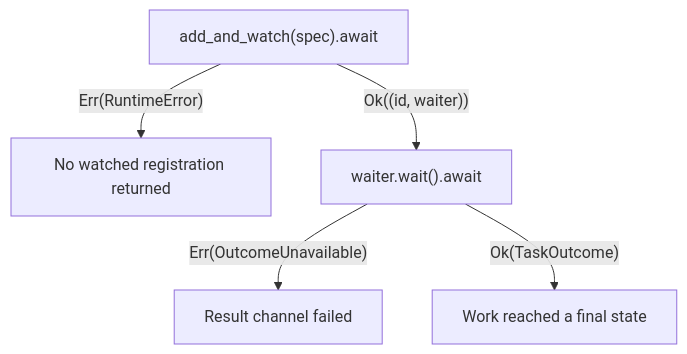
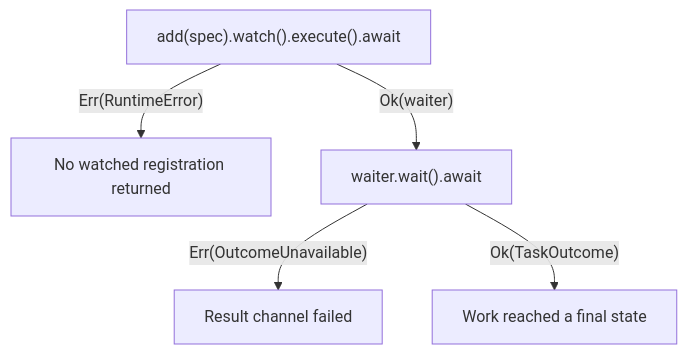
Before and after one commit to soltiHQ/taskvisor: the second of 2 diagrams in docs/outcomes-and-events.md, drawn with Mermaid. The commit also changed other lines of this file and 70 other files, not shown here.

````diff
--- a/docs/outcomes-and-events.md
+++ b/docs/outcomes-and-events.md
@@ -47,14 +47,14 @@
 ```mermaid
 flowchart TB
 accTitle: API errors and final task outcomes
 accDescr: A watched add and its waiter return separate results at separate boundaries.
-Add["add_and_watch(spec).await"]
+Add["add(spec).watch().execute().await"]
 NoWaiter["No watched registration returned"]
 Wait["waiter.wait().await"]
 Unavailable["Result channel failed"]
 Outcome["Work reached a final state"]
 Add -->|"Err(RuntimeError)"| NoWaiter
-Add -->|"Ok((id, waiter))"| Wait
+Add -->|"Ok(waiter)"| Wait
 Wait -->|"Err(OutcomeUnavailable)"| Unavailable
 Wait -->|"Ok(TaskOutcome)"| Outcome
 ```
````
